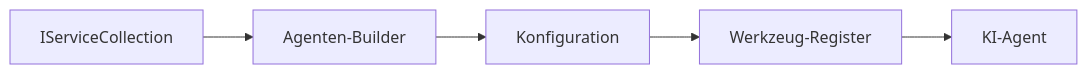
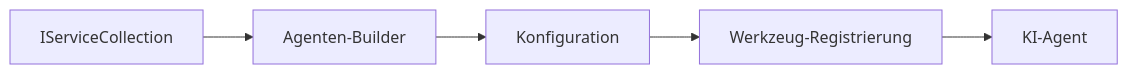
Before and after one commit to venturemavenwill/azureaifundamentals: the diagram in translations/de/03-agentic-design-patterns/code_samples/03-dotnet-agent-framework.md, drawn with Mermaid. The commit also changed other lines of this file and 2002 other files, not shown here.

````diff
--- a/translations/de/03-agentic-design-patterns/code_samples/03-dotnet-agent-framework.md
+++ b/translations/de/03-agentic-design-patterns/code_samples/03-dotnet-agent-framework.md
@@ -41,7 +41,7 @@
 ```mermaid
 graph LR
     A[IServiceCollection] --> B[Agenten-Builder]
     B --> C[Konfiguration]
-    C --> D[Werkzeug-Register]
+    C --> D[Werkzeug-Registrierung]
     D --> E[KI-Agent]
 ```
````
